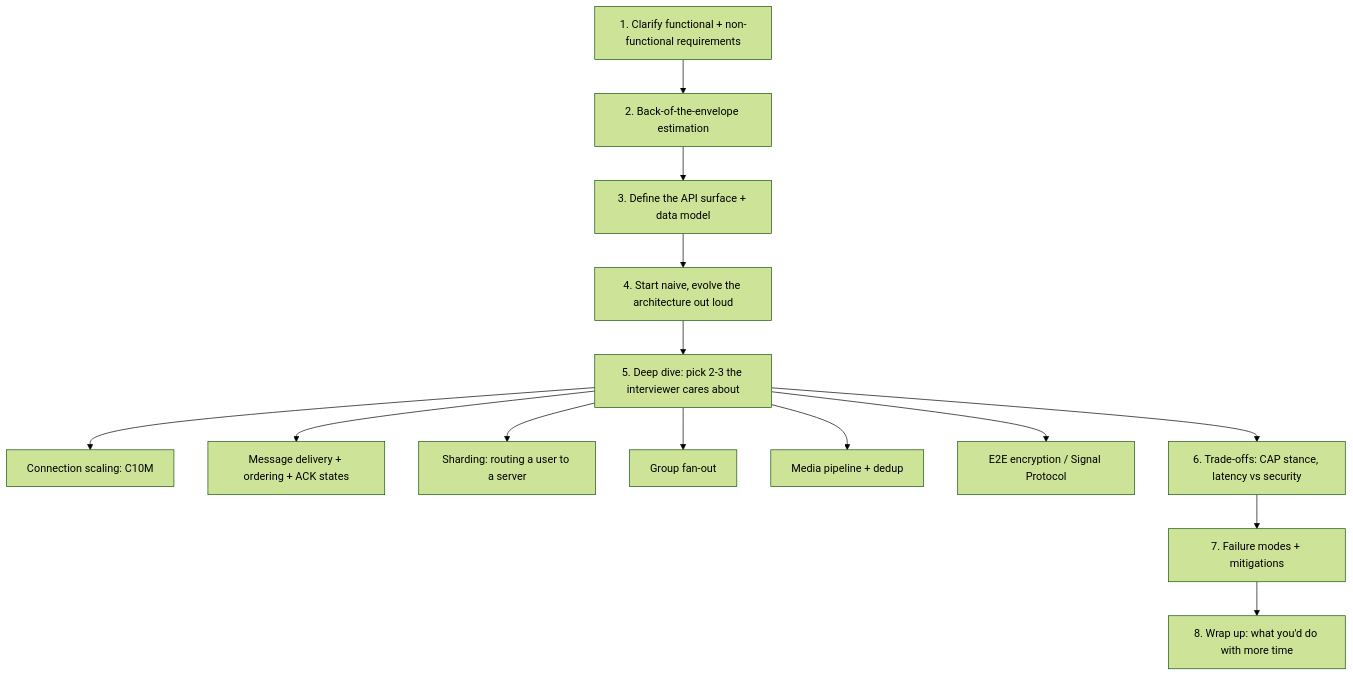
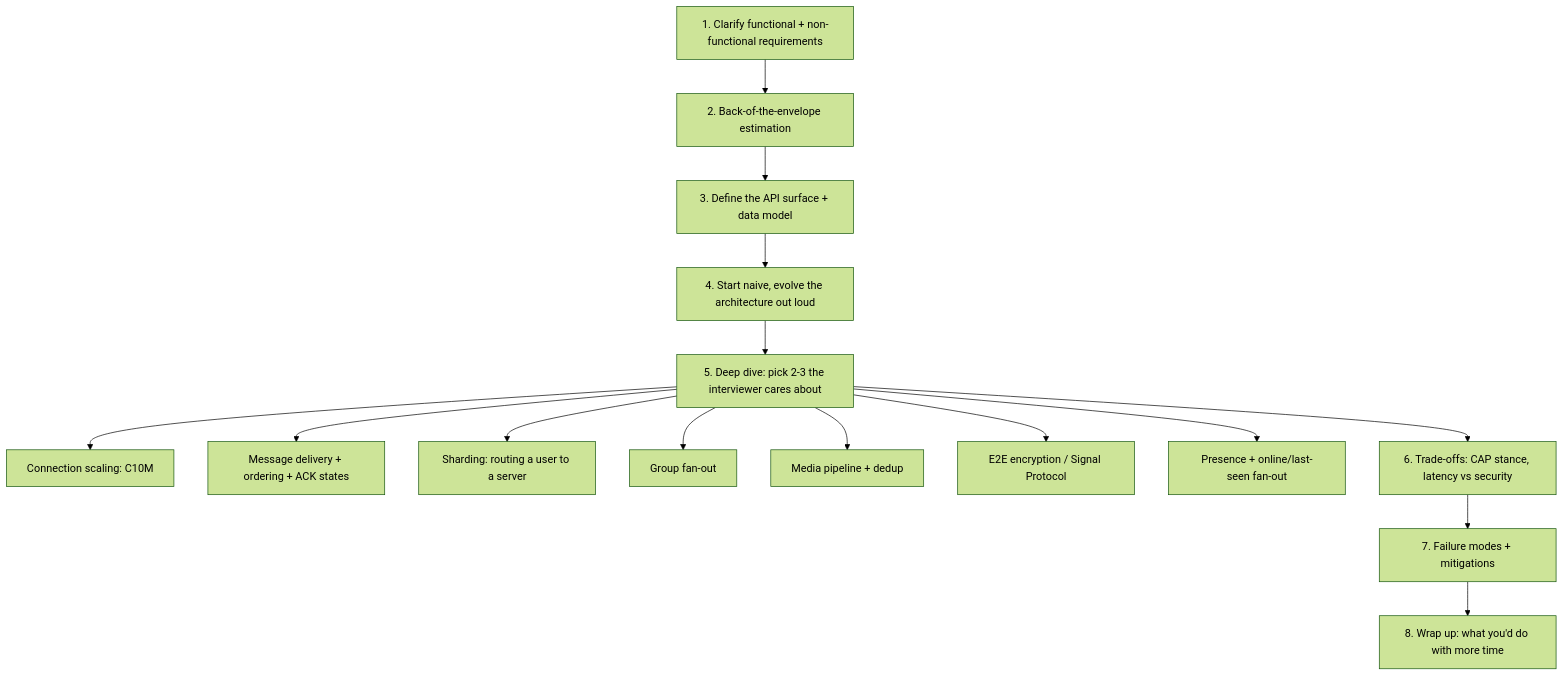
One commit to riyaz-pasha/Learnings changed the first of 24 diagrams in system-design/HLD/0-course/36-WhatsApp-FAANG-Guide.md. Above: the diagram before and after it, drawn with Mermaid (forest theme). The commit also changed other lines of this file and 50 other files, not shown here.

````diff
--- a/system-design/HLD/0-course/36-WhatsApp-FAANG-Guide.md
+++ b/system-design/HLD/0-course/36-WhatsApp-FAANG-Guide.md
@@ -46,16 +65,17 @@
 ```mermaid
 flowchart TD
     A[1. Clarify functional + non-functional requirements] --> B[2. Back-of-the-envelope estimation]
     B --> C[3. Define the API surface + data model]
     C --> D[4. Start naive, evolve the architecture out loud]
     D --> E[5. Deep dive: pick 2-3 the interviewer cares about]
     E --> E1[Connection scaling: C10M]
     E --> E2[Message delivery + ordering + ACK states]
     E --> E3[Sharding: routing a user to a server]
     E --> E4[Group fan-out]
     E --> E5[Media pipeline + dedup]
     E --> E6[E2E encryption / Signal Protocol]
+    E --> E7[Presence + online/last-seen fan-out]
     E --> F[6. Trade-offs: CAP stance, latency vs security]
     F --> G[7. Failure modes + mitigations]
     G --> H[8. Wrap up: what you'd do with more time]
 ```
````
